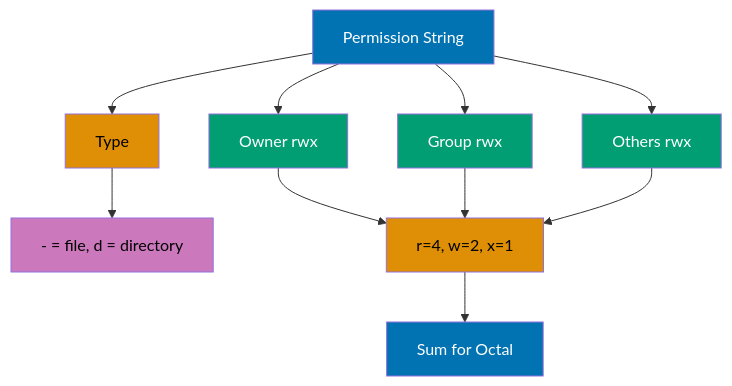
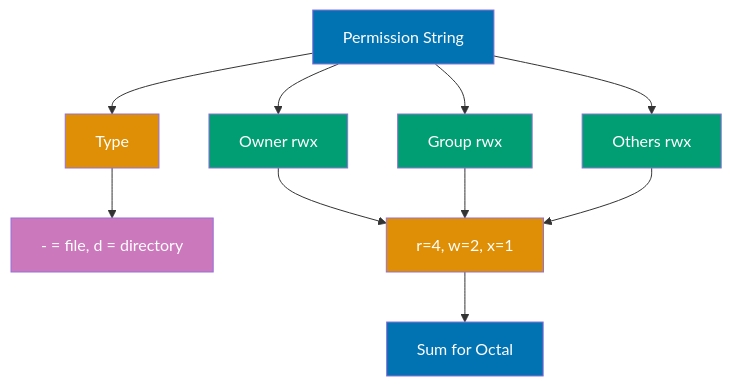
The second of 4 diagrams in apps/ayokoding-web/content/en/learn/software-engineering/platform-linux/tools/shell/by-example/intermediate.md (wahidyankf/open-sharia-enterprise), drawn with Mermaid before and after one commit. The commit also changed other lines of this file and 61 other files, not shown here.

First line of the commit message:
fix(ayokoding-web): quote Mermaid node labels with special characters in Example 63

````diff
--- a/apps/ayokoding-web/content/en/learn/software-engineering/platform-linux/tools/shell/by-example/intermediate.md
+++ b/apps/ayokoding-web/content/en/learn/software-engineering/platform-linux/tools/shell/by-example/intermediate.md
@@ -717,22 +717,22 @@
 ```mermaid
 %% Permission structure
 graph TD
     A[Permission String] --> B[Type]
     A --> C[Owner rwx]
     A --> D[Group rwx]
     A --> E[Others rwx]
     B --> F[- = file, d = directory]
     C --> G[r=4, w=2, x=1]
     D --> G
     E --> G
     G --> H[Sum for Octal]
 
     style A fill:#0173B2,color:#fff
-    style B fill:#DE8F05,color:#000
+    style B fill:#DE8F05,color:#fff
     style C fill:#029E73,color:#fff
     style D fill:#029E73,color:#fff
     style E fill:#029E73,color:#fff
-    style F fill:#CC78BC,color:#000
-    style G fill:#DE8F05,color:#000
+    style F fill:#CC78BC,color:#fff
+    style G fill:#DE8F05,color:#fff
     style H fill:#0173B2,color:#fff
 ```
````
